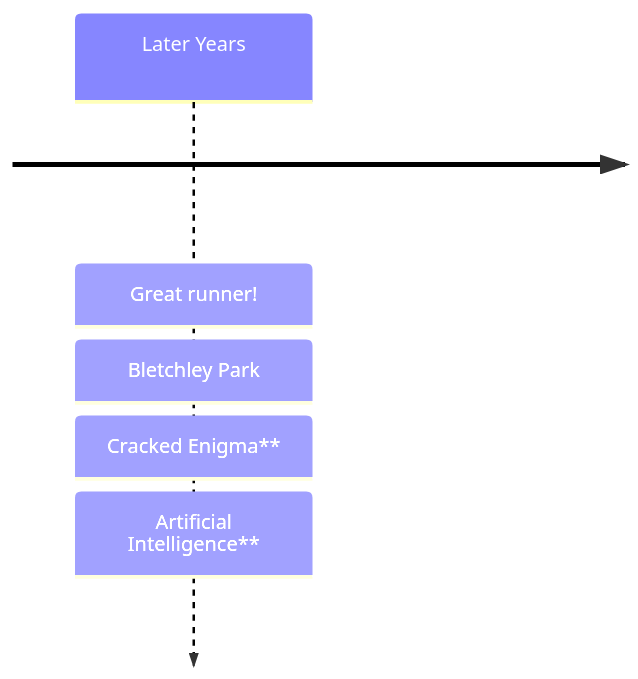
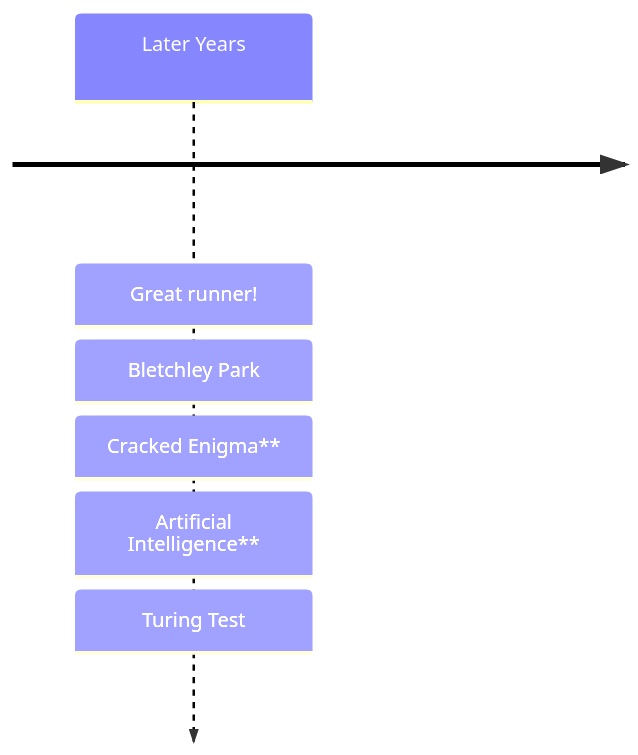
One commit to Furkanzmc/cppnorth-2024-shoulders-we-stand-on changed the seventh of 13 diagrams in pages/act-1.md. Above: the diagram before and after it, drawn with Mermaid. The commit also changed other lines of this file and 1 other file, not shown here.

````diff
--- a/pages/act-1.md
+++ b/pages/act-1.md
@@ -396,8 +424,9 @@
 ```mermaid
 timeline
     Later Years : Great runner!
                 : Bletchley Park
                 : Cracked Enigma**
                 : Artificial Intelligence**
+                : Turing Test
                 
 ```
````
